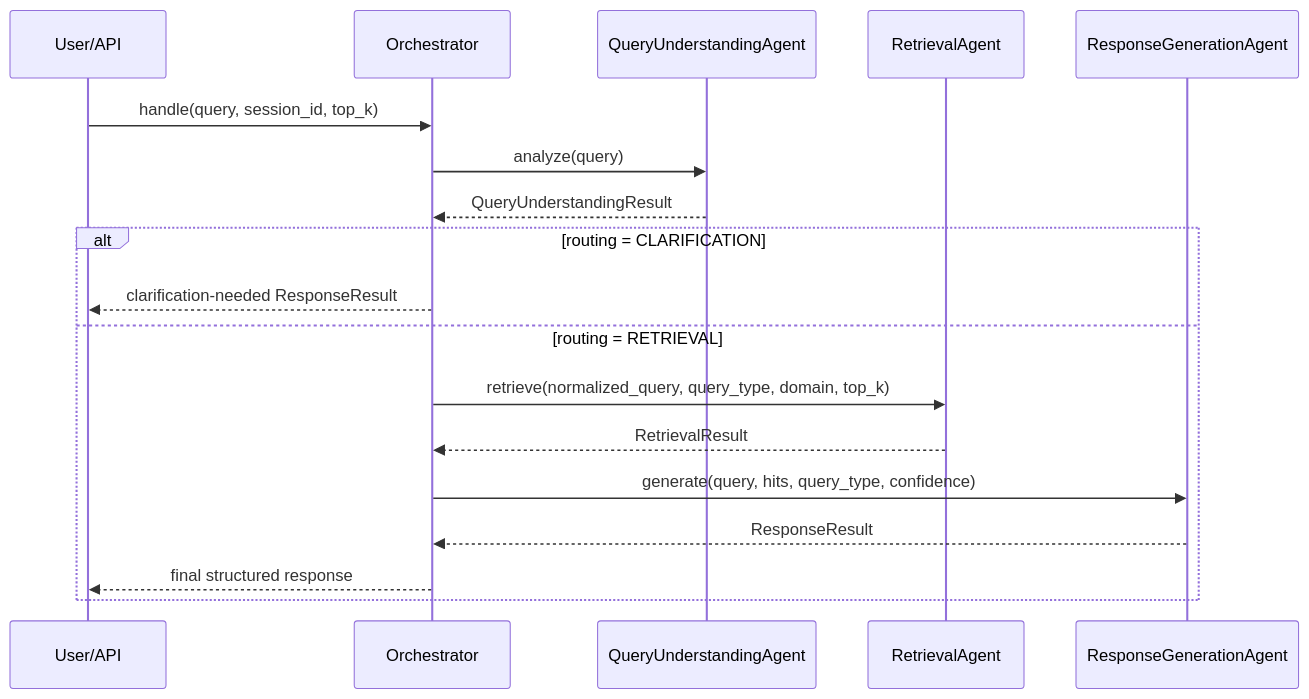
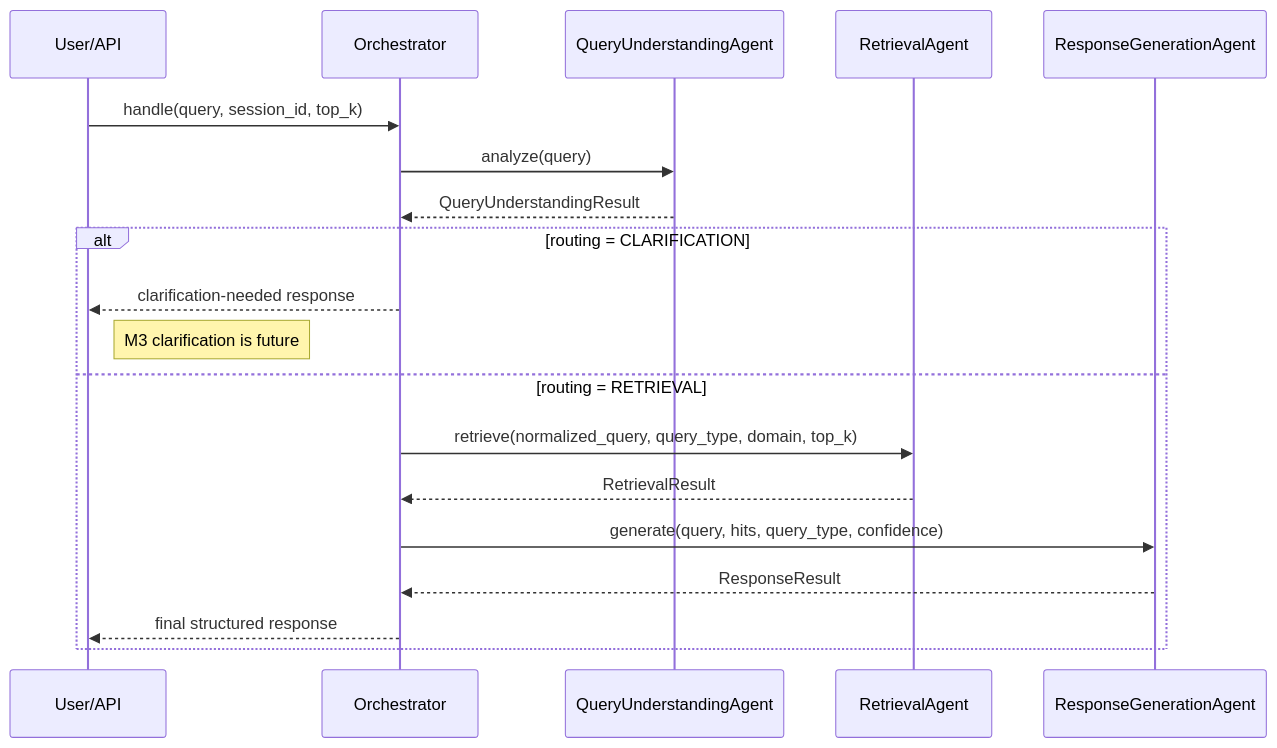
One commit to Jhansi1717/rag-multi-agent-knowledge-assistant changed the diagram in architecture/multi-agent-orchestration.md. Above: the diagram before and after it, drawn with Mermaid. The commit also changed other lines of this file and 27 other files, not shown here.

````diff
--- a/architecture/multi-agent-orchestration.md
+++ b/architecture/multi-agent-orchestration.md
@@ -9,21 +9,22 @@
 ```mermaid
 sequenceDiagram
     participant U as User/API
     participant O as Orchestrator
     participant Q as QueryUnderstandingAgent
     participant R as RetrievalAgent
     participant G as ResponseGenerationAgent
 
     U->>O: handle(query, session_id, top_k)
     O->>Q: analyze(query)
     Q-->>O: QueryUnderstandingResult
     alt routing = CLARIFICATION
-        O-->>U: clarification-needed ResponseResult
+        O-->>U: clarification-needed response
+        Note right of U: M3 clarification is future
     else routing = RETRIEVAL
         O->>R: retrieve(normalized_query, query_type, domain, top_k)
         R-->>O: RetrievalResult
         O->>G: generate(query, hits, query_type, confidence)
         G-->>O: ResponseResult
         O-->>U: final structured response
     end
 ```
````
